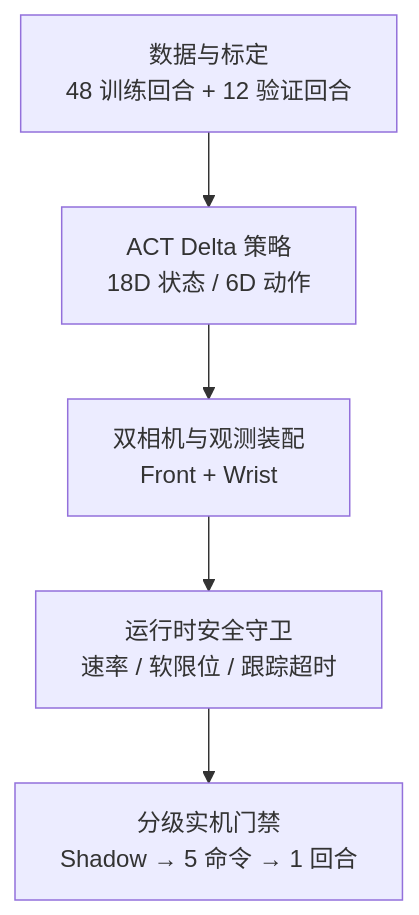
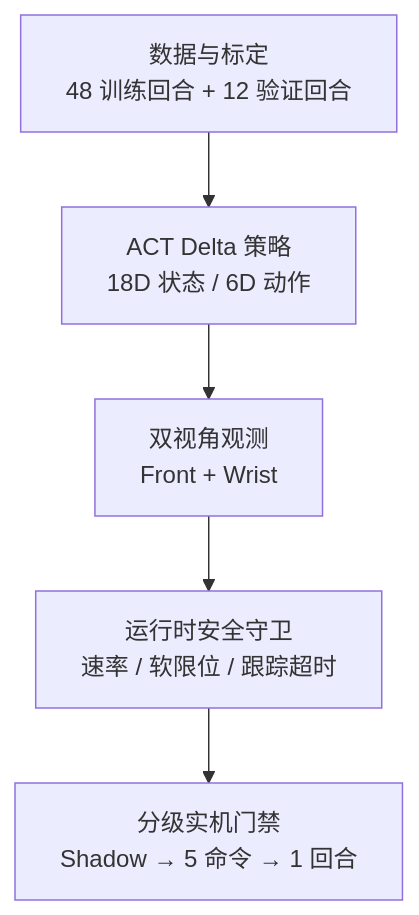
Before and after one commit to ConnorLuis/embodied-agent-arm: the diagram in docs/PROJECT_CLOSEOUT.md, drawn with Mermaid. The commit also changed other lines of this file and 16 other files, not shown here.

````diff
--- a/docs/PROJECT_CLOSEOUT.md
+++ b/docs/PROJECT_CLOSEOUT.md
@@ -21,7 +21,7 @@
 ```mermaid
 flowchart TD
     A["数据与标定\n48 训练回合 + 12 验证回合"] --> B["ACT Delta 策略\n18D 状态 / 6D 动作"]
-    B --> C["双相机与观测装配\nFront + Wrist"]
+    B --> C["双视角观测\nFront + Wrist"]
     C --> D["运行时安全守卫\n速率 / 软限位 / 跟踪超时"]
     D --> E["分级实机门禁\nShadow → 5 命令 → 1 回合"]
 ```
````
